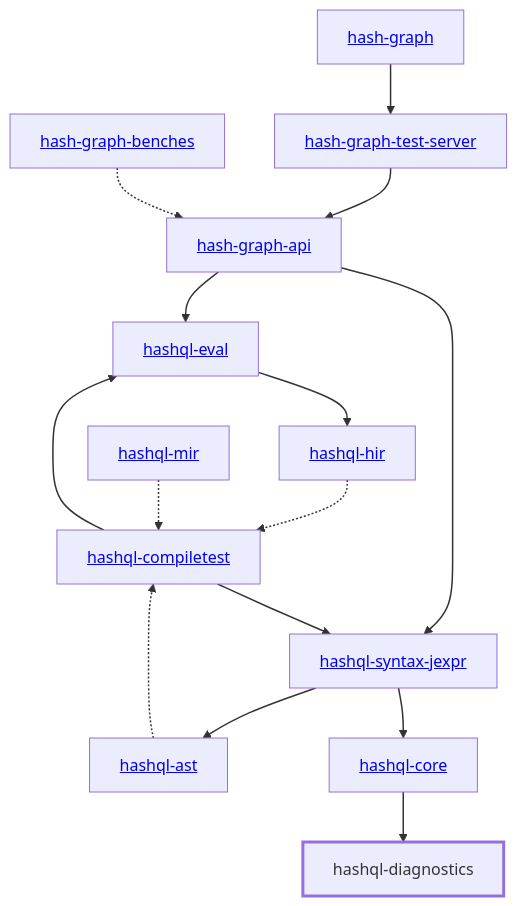
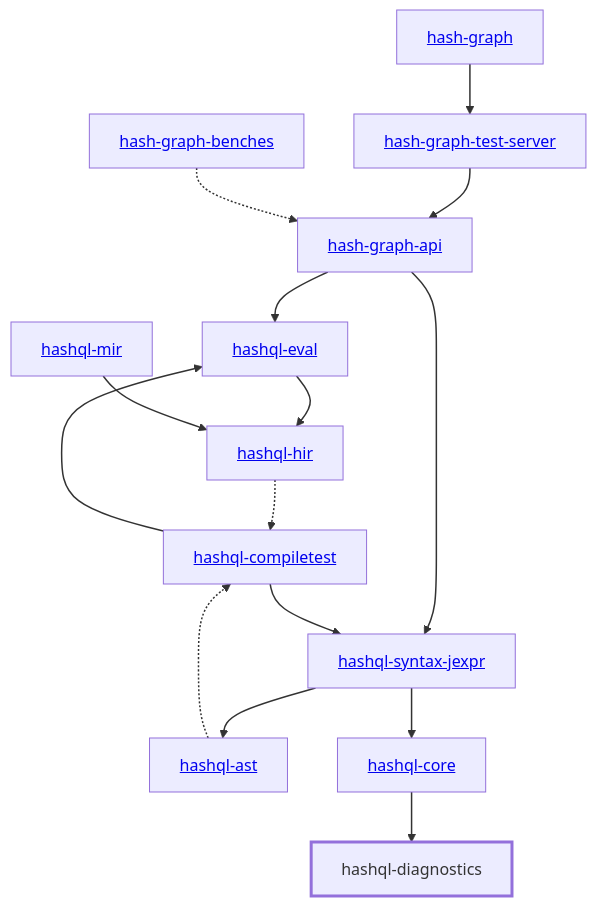
Before and after one commit to hashintel/hash: the diagram in libs/@local/hashql/diagnostics/docs/dependency-diagram.mmd, drawn with Mermaid. The commit also changed 18 other files, not shown here.

Commit message:
chore: update diagrams

```diff
--- a/libs/@local/hashql/diagnostics/docs/dependency-diagram.mmd
+++ b/libs/@local/hashql/diagnostics/docs/dependency-diagram.mmd
@@ -1,37 +1,37 @@
 graph TD
     linkStyle default stroke-width:1.5px
     classDef default stroke-width:1px
     classDef root stroke-width:3px
     classDef dev stroke-width:1px
     classDef build stroke-width:1px
     %% Legend
     %% --> : Normal dependency
     %% -.-> : Dev dependency
     %% ---> : Build dependency
     0[<a href="../hash_graph/index.html">hash-graph</a>]
     1[<a href="../hash_graph_api/index.html">hash-graph-api</a>]
     2[<a href="../hash_graph_test_server/index.html">hash-graph-test-server</a>]
     3[<a href="../hashql_ast/index.html">hashql-ast</a>]
     4[<a href="../hashql_compiletest/index.html">hashql-compiletest</a>]
     5[<a href="../hashql_core/index.html">hashql-core</a>]
     6[hashql-diagnostics]
     class 6 root
     7[<a href="../hashql_eval/index.html">hashql-eval</a>]
     8[<a href="../hashql_hir/index.html">hashql-hir</a>]
     9[<a href="../hashql_mir/index.html">hashql-mir</a>]
     10[<a href="../hashql_syntax_jexpr/index.html">hashql-syntax-jexpr</a>]
     11[<a href="../hash_graph_benches/index.html">hash-graph-benches</a>]
     0 --> 2
     1 --> 7
     1 --> 10
     2 --> 1
     3 -.-> 4
     4 --> 7
     4 --> 10
     5 --> 6
     7 --> 8
     8 -.-> 4
-    9 -.-> 4
+    9 --> 8
     10 --> 3
     10 --> 5
     11 -.-> 1
```
